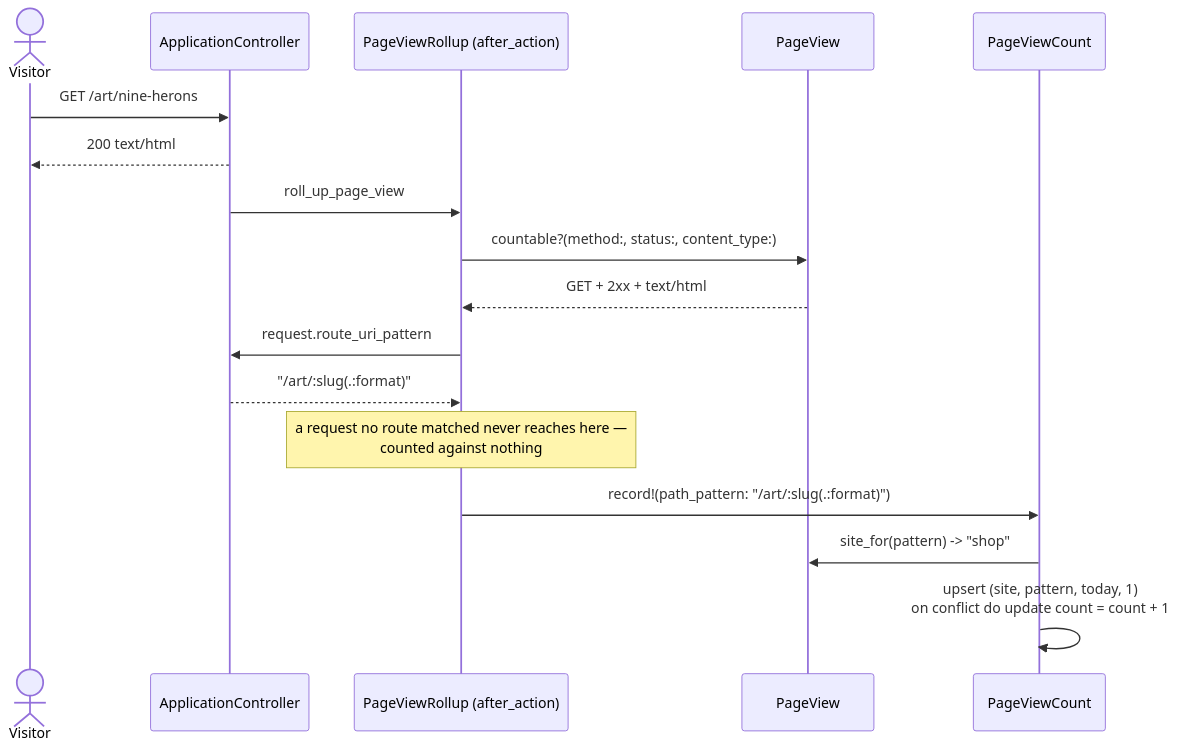
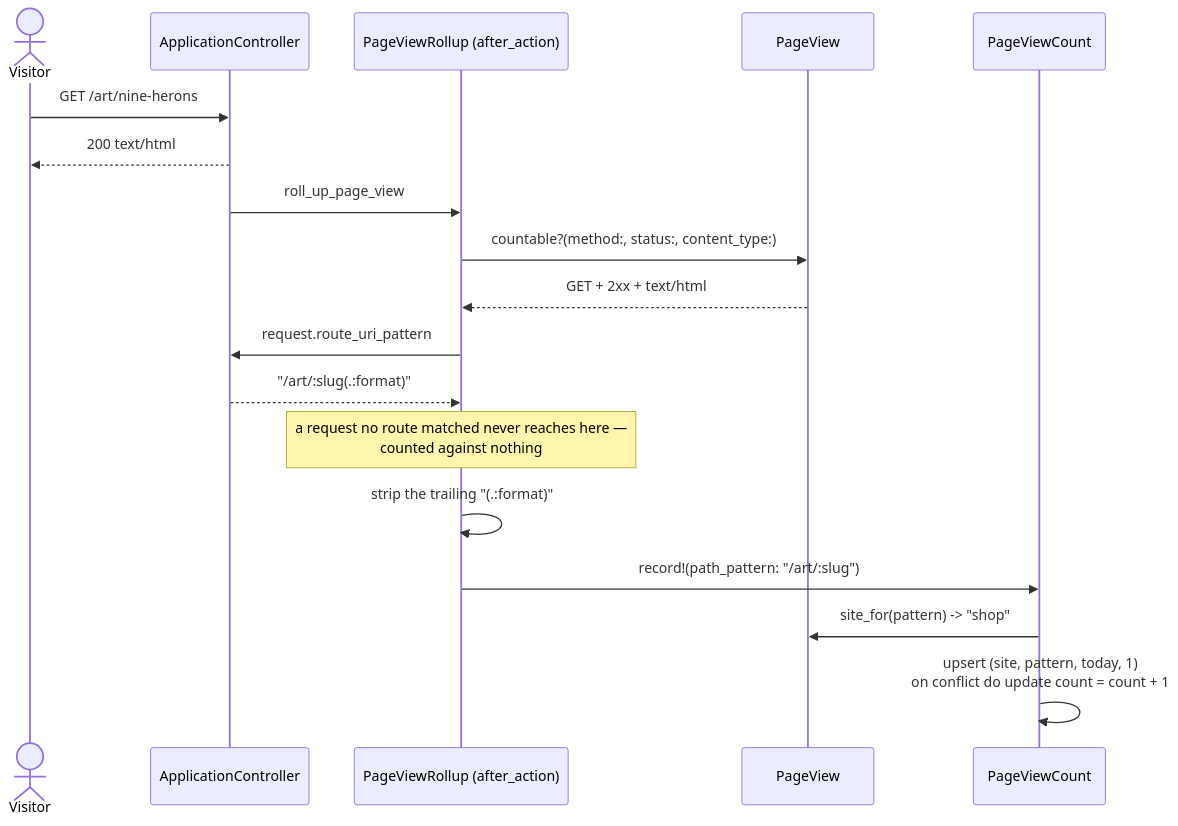
Before and after one commit to jonathan-beebe/art-store: the third of 3 diagrams in prototype/rails/docs/admin.md, drawn with Mermaid. The commit also changed other lines of this file and 12 other files, not shown here.

Commit message:
fix[rails]: one ending per listing.view story, bare path_pattern, exclude HEAD from page views [FEAT-020]

````diff
--- a/prototype/rails/docs/admin.md
+++ b/prototype/rails/docs/admin.md
@@ -160,20 +160,21 @@
 ```mermaid
 sequenceDiagram
     actor Visitor
     participant App as ApplicationController
     participant Hook as PageViewRollup (after_action)
     participant View as PageView
     participant Counts as PageViewCount
 
     Visitor->>App: GET /art/nine-herons
     App-->>Visitor: 200 text/html
     App->>Hook: roll_up_page_view
     Hook->>View: countable?(method:, status:, content_type:)
     View-->>Hook: GET + 2xx + text/html
     Hook->>App: request.route_uri_pattern
     App-->>Hook: "/art/:slug(.:format)"
     Note over Hook: a request no route matched never reaches here —<br/>counted against nothing
-    Hook->>Counts: record!(path_pattern: "/art/:slug(.:format)")
+    Hook->>Hook: strip the trailing "(.:format)"
+    Hook->>Counts: record!(path_pattern: "/art/:slug")
     Counts->>View: site_for(pattern) -> "shop"
     Counts->>Counts: upsert (site, pattern, today, 1)<br/>on conflict do update count = count + 1
 ```
````
